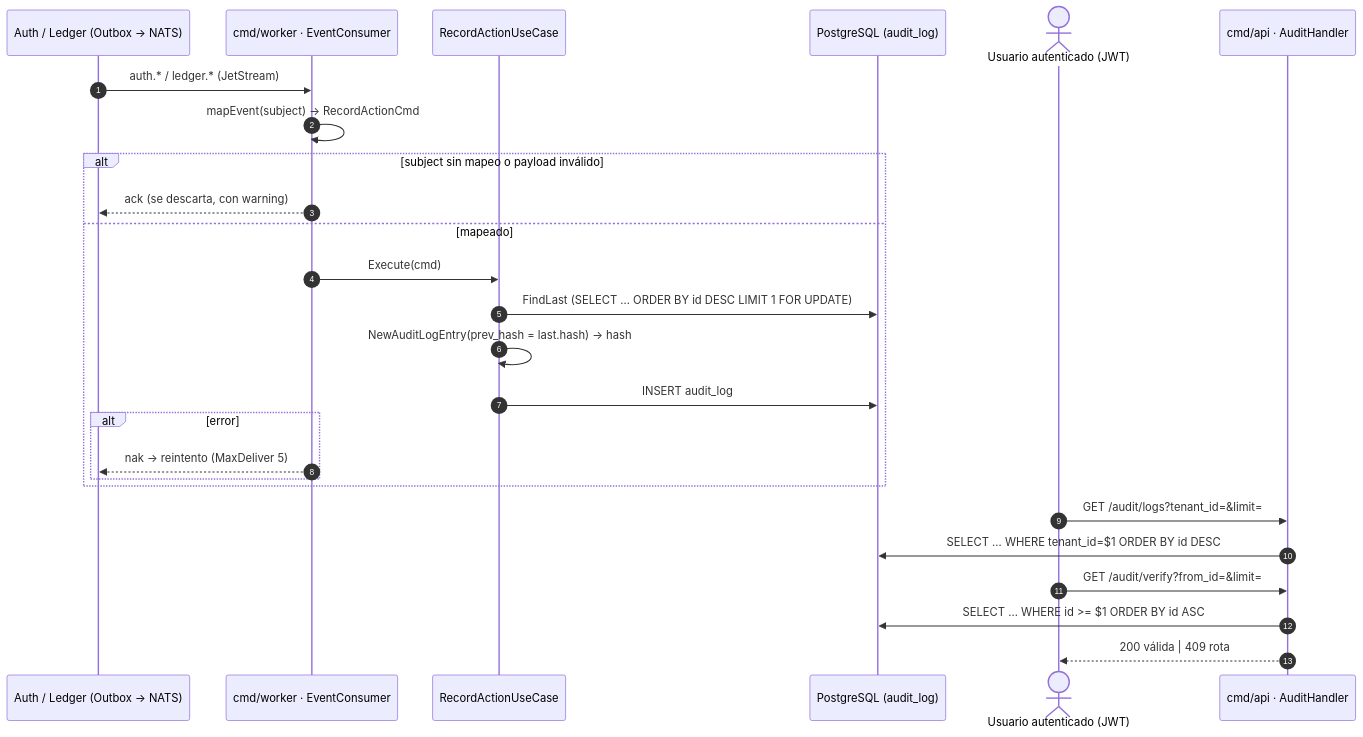
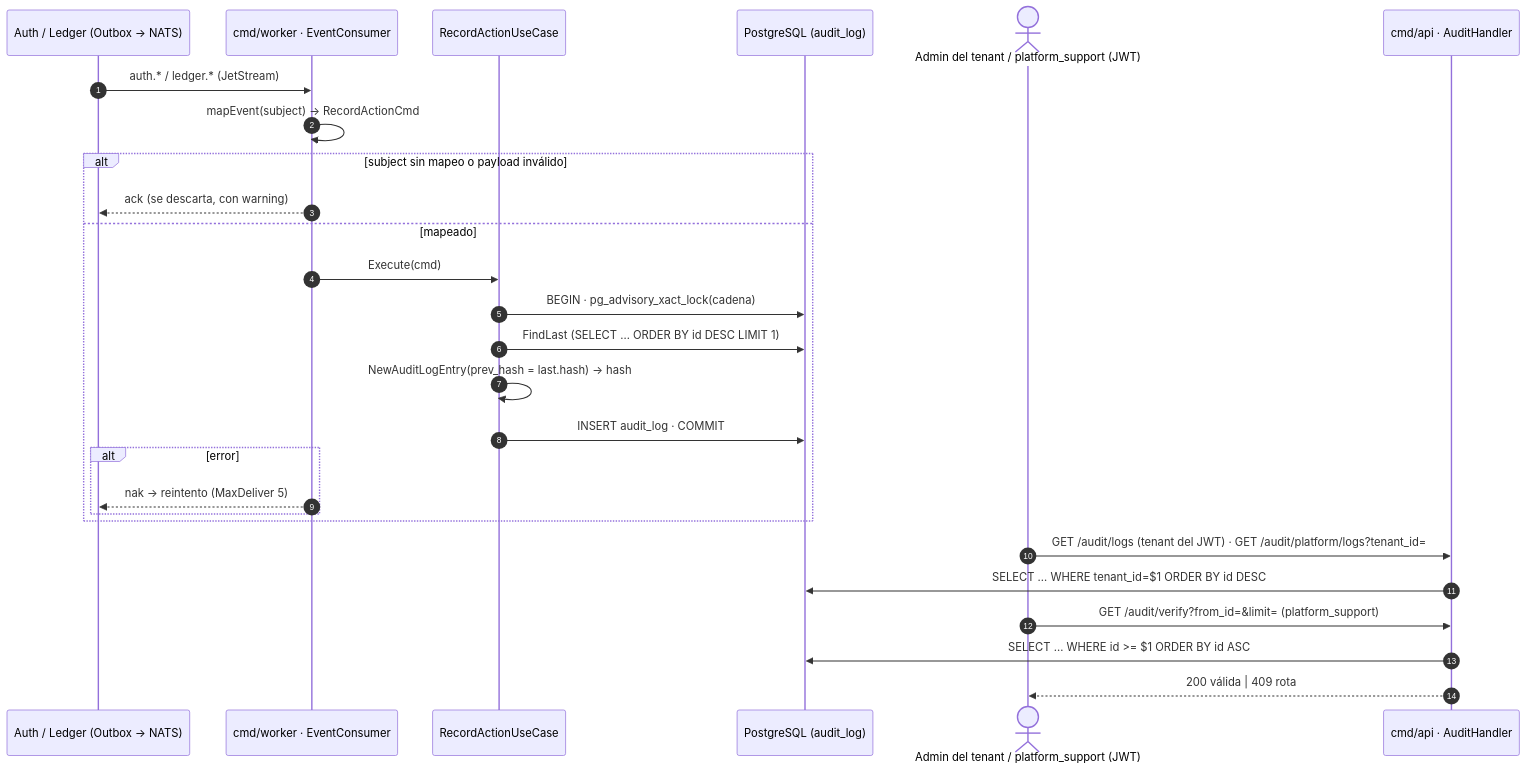
Before and after one commit to juantevez/cobros-platform: the first of 2 diagrams in docs/technical/AUDIT.md, drawn with Mermaid. The commit also changed other lines of this file and 3 other files, not shown here.

First line of the commit message:
audit: aislamiento por tenant y guards de rol en la API

````diff
--- a/docs/technical/AUDIT.md
+++ b/docs/technical/AUDIT.md
@@ -55,30 +56,31 @@
 ```mermaid
 sequenceDiagram
     autonumber
     participant SRC as Auth / Ledger (Outbox → NATS)
     participant W as cmd/worker · EventConsumer
     participant UC as RecordActionUseCase
     participant DB as PostgreSQL (audit_log)
-    actor U as Usuario autenticado (JWT)
+    actor U as Admin del tenant / platform_support (JWT)
     participant API as cmd/api · AuditHandler
 
     SRC->>W: auth.* / ledger.* (JetStream)
     W->>W: mapEvent(subject) → RecordActionCmd
     alt subject sin mapeo o payload inválido
         W-->>SRC: ack (se descarta, con warning)
     else mapeado
         W->>UC: Execute(cmd)
-        UC->>DB: FindLast (SELECT … ORDER BY id DESC LIMIT 1 FOR UPDATE)
+        UC->>DB: BEGIN · pg_advisory_xact_lock(cadena)
+        UC->>DB: FindLast (SELECT … ORDER BY id DESC LIMIT 1)
         UC->>UC: NewAuditLogEntry(prev_hash = last.hash) → hash
-        UC->>DB: INSERT audit_log
+        UC->>DB: INSERT audit_log · COMMIT
         alt error
             W-->>SRC: nak → reintento (MaxDeliver 5)
         end
     end
 
-    U->>API: GET /audit/logs?tenant_id=&limit=
+    U->>API: GET /audit/logs (tenant del JWT) · GET /audit/platform/logs?tenant_id=
     API->>DB: SELECT … WHERE tenant_id=$1 ORDER BY id DESC
-    U->>API: GET /audit/verify?from_id=&limit=
+    U->>API: GET /audit/verify?from_id=&limit= (platform_support)
     API->>DB: SELECT … WHERE id >= $1 ORDER BY id ASC
     API-->>U: 200 válida | 409 rota
 ```
````
